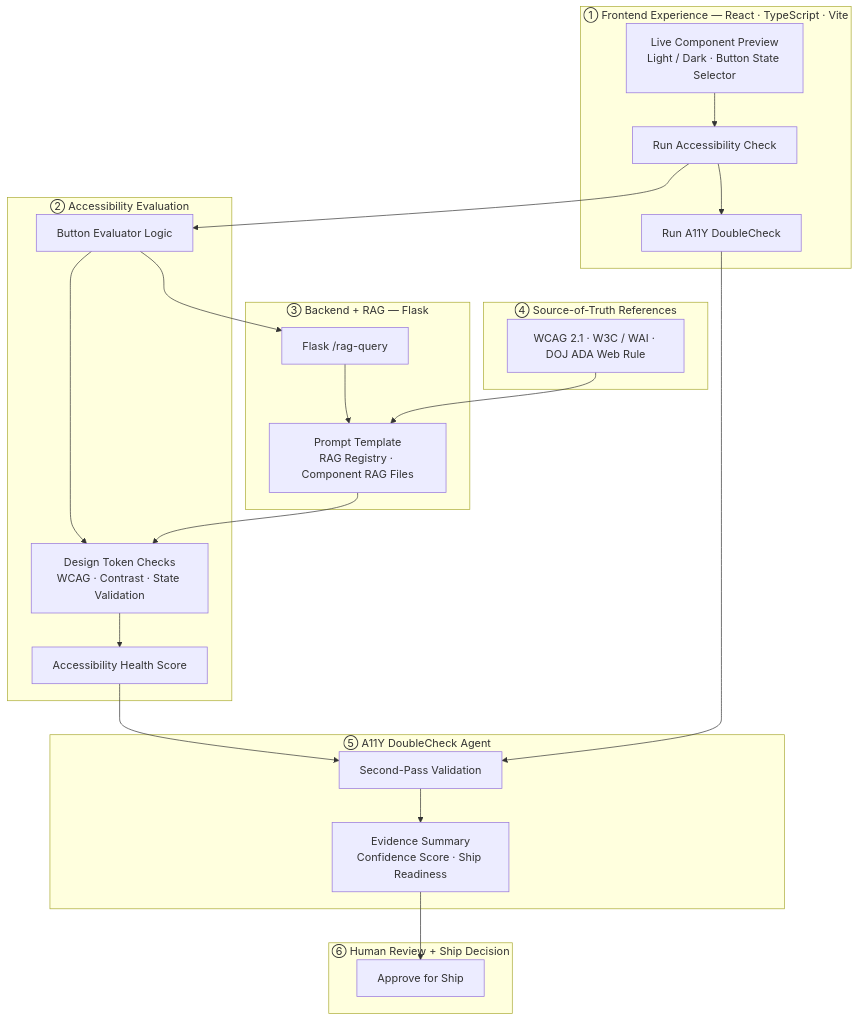
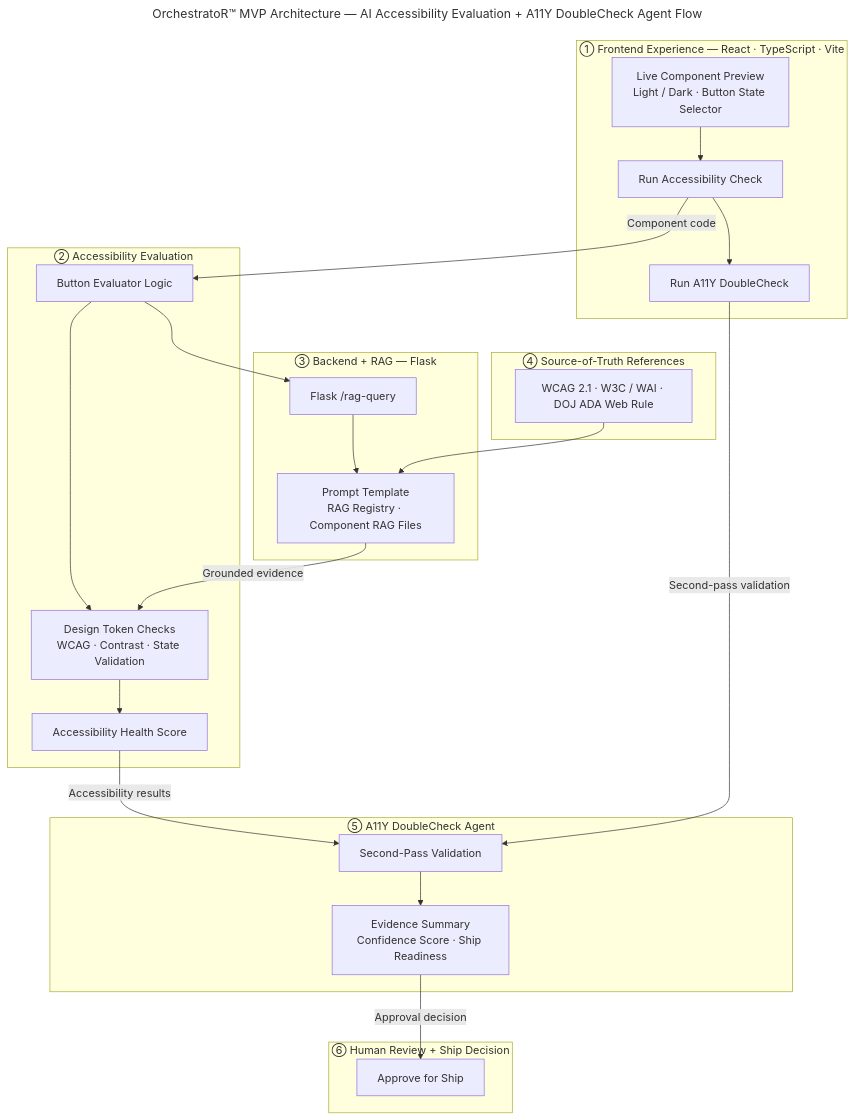
The diagram in docs/orchestrator-architecture-diagram.md (orchestratorlabs/orchestrator), drawn with Mermaid before and after one commit. The commit also changed other lines of this file and 4 other files, not shown here.

Commit message:
git commit -m "Backup 2026-05-24 - Add technical architecture diagrams for OrchestratoR"

````diff
--- a/docs/orchestrator-architecture-diagram.md
+++ b/docs/orchestrator-architecture-diagram.md
@@ -3,46 +7,49 @@
 ```mermaid
+---
+title: "OrchestratoR™ MVP Architecture — AI Accessibility Evaluation + A11Y DoubleCheck Agent Flow"
+---
 %%{init: {'theme': 'default', 'themeVariables': {'fontSize': '16px'}}}%%
 flowchart TD
 
   subgraph FE["① Frontend Experience — React · TypeScript · Vite"]
     FE_UI["Live Component Preview<br/>Light / Dark · Button State Selector"]
     FE_CHECK["Run Accessibility Check"]
     FE_DC["Run A11Y DoubleCheck"]
     FE_UI --> FE_CHECK --> FE_DC
   end
 
   subgraph EVAL["② Accessibility Evaluation"]
     EVAL_ENGINE["Button Evaluator Logic"]
     EVAL_CHECKS["Design Token Checks<br/>WCAG · Contrast · State Validation"]
     EVAL_SCORE["Accessibility Health Score"]
     EVAL_ENGINE --> EVAL_CHECKS --> EVAL_SCORE
   end
 
   subgraph BE["③ Backend + RAG — Flask"]
     BE_API["Flask /rag-query"]
     BE_RAG["Prompt Template<br/>RAG Registry · Component RAG Files"]
     BE_API --> BE_RAG
   end
 
   subgraph SOT["④ Source-of-Truth References"]
     SOT_REFS["WCAG 2.1 · W3C / WAI · DOJ ADA Web Rule"]
   end
 
   subgraph DC["⑤ A11Y DoubleCheck Agent"]
     DC_PASS["Second-Pass Validation"]
     DC_OUT["Evidence Summary<br/>Confidence Score · Ship Readiness"]
     DC_PASS --> DC_OUT
   end
 
   subgraph HR["⑥ Human Review + Ship Decision"]
     HR_APPR["Approve for Ship"]
   end
 
-  FE_CHECK --> EVAL_ENGINE
+  FE_CHECK -->|"Component code"| EVAL_ENGINE
   EVAL_ENGINE --> BE_API
   SOT_REFS --> BE_RAG
-  BE_RAG --> EVAL_CHECKS
-  EVAL_SCORE --> DC_PASS
-  FE_DC --> DC_PASS
-  DC_OUT --> HR_APPR
+  BE_RAG -->|"Grounded evidence"| EVAL_CHECKS
+  EVAL_SCORE -->|"Accessibility results"| DC_PASS
+  FE_DC -->|"Second-pass validation"| DC_PASS
+  DC_OUT -->|"Approval decision"| HR_APPR
 ```
````
